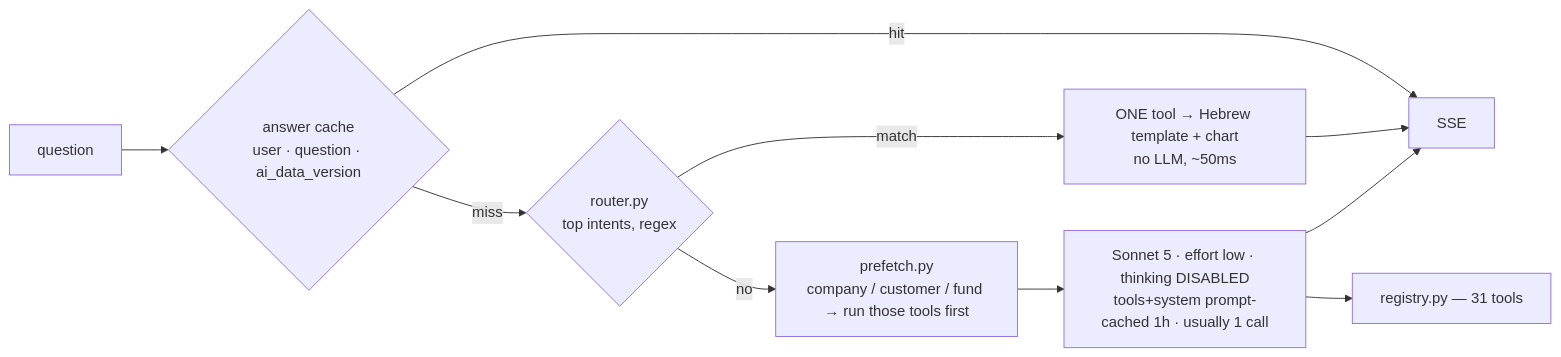
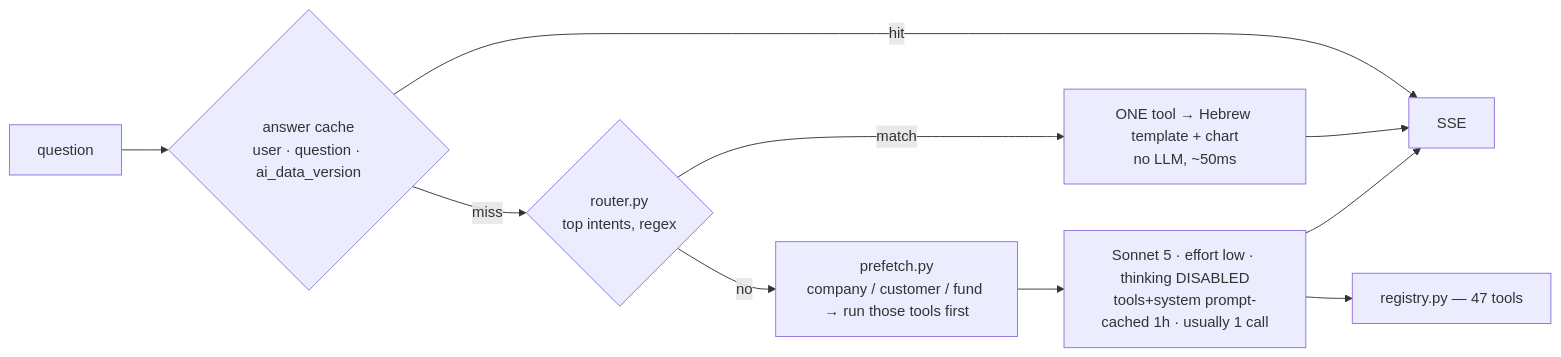
Before and after one commit to FSTGIAT/nifraim: the eighth of 10 diagrams in docs/ARCHITECTURE.md, drawn with Mermaid. The commit also changed other lines of this file and 85 other files, not shown here.

````diff
--- a/docs/ARCHITECTURE.md
+++ b/docs/ARCHITECTURE.md
@@ -1303,12 +1303,12 @@
 ```mermaid
 flowchart LR
   Q[question] --> C{answer cache<br/>user · question · ai_data_version}
   C -- hit --> OUT[SSE]
   C -- miss --> R{router.py<br/>top intents, regex}
   R -- match --> T1[ONE tool → Hebrew template + chart<br/>no LLM, ~50ms]
   R -- no --> P[prefetch.py<br/>company / customer / fund → run those tools first]
   P --> L[Sonnet 5 · effort low · thinking DISABLED<br/>tools+system prompt-cached 1h · usually 1 call]
-  L --> TOOLS[registry.py — 31 tools]
+  L --> TOOLS[registry.py — 47 tools]
   T1 --> OUT
   L --> OUT
 ```
````
